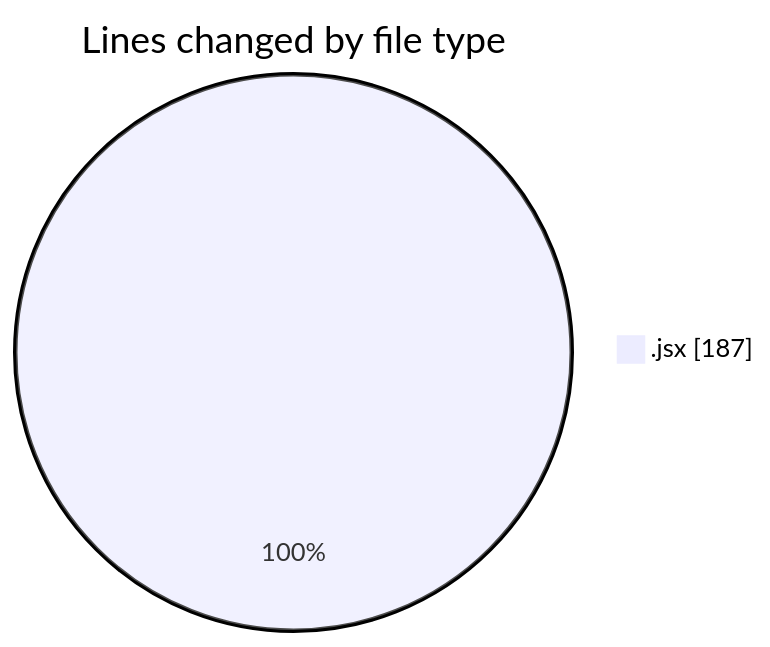
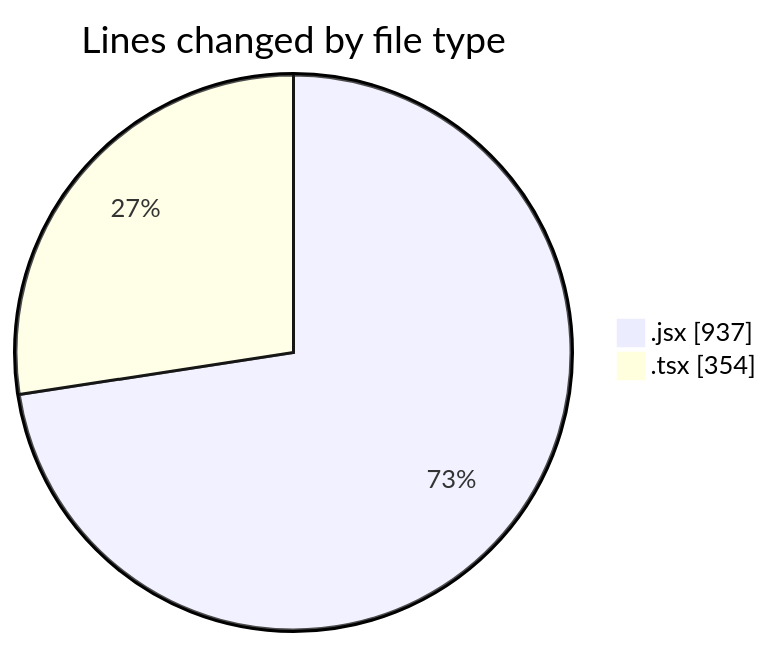
Before and after one commit to momahboobian/code-tracking: the first of 2 diagrams in 2026-02-16/cda/README.md, drawn with Mermaid. The commit also changed other lines of this file and 1 other file, not shown here.

````diff
--- a/2026-02-16/cda/README.md
+++ b/2026-02-16/cda/README.md
@@ -20,5 +25,6 @@
 ```mermaid
 pie showData
 title Lines changed by file type
-".jsx" : 187
+".jsx" : 937
+".tsx" : 354
 ```
````
